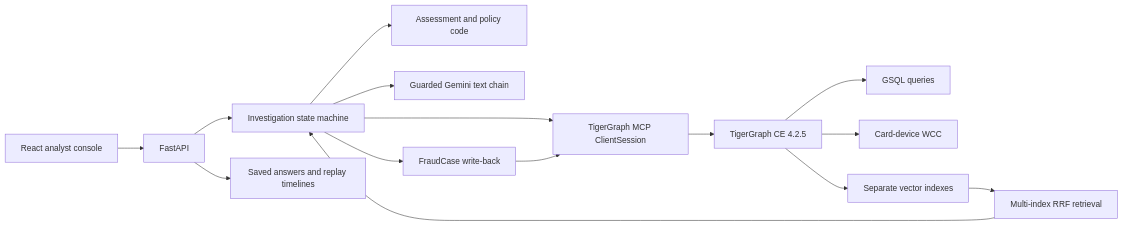
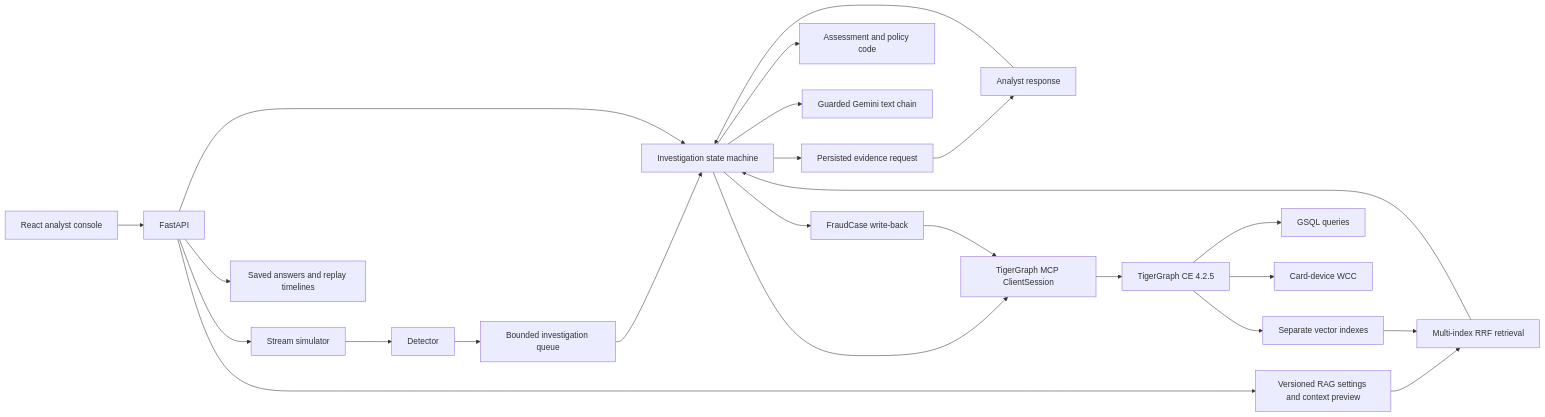
Before and after one commit to UtkarshArjariya/FraudLoop-TigerGraph-HHGoa: the diagram in README.md, drawn with Mermaid. The commit also changed other lines of this file and 11 other files, not shown here.

````diff
--- a/README.md
+++ b/README.md
@@ -49,17 +49,26 @@
 ```mermaid
 flowchart LR
     UI[React analyst console] --> API[FastAPI]
-    API --> Agent[Investigation state machine]
+    API --> Stream[Stream simulator]
+    Stream --> Detector[Detector]
+    Detector --> Queue[Bounded investigation queue]
+    Queue --> Agent[Investigation state machine]
+    API --> Agent
+    API --> RAG[Versioned RAG settings and context preview]
+    RAG --> RRF
+    Agent --> Pending[Persisted evidence request]
+    Pending --> Human[Analyst response]
+    Human --> Agent
     API --> Replay[Saved answers and replay timelines]
     Agent --> MCP[TigerGraph MCP ClientSession]
     MCP --> TG["TigerGraph CE 4.2.5"]
     TG --> Queries[GSQL queries]
     TG --> WCC[Card-device WCC]
     TG --> Vectors[Separate vector indexes]
     Vectors --> RRF[Multi-index RRF retrieval]
     RRF --> Agent
     Agent --> Policy[Assessment and policy code]
     Agent --> Gemini[Guarded Gemini text chain]
     Agent --> Memory[FraudCase write-back]
     Memory --> MCP
 ```
````
